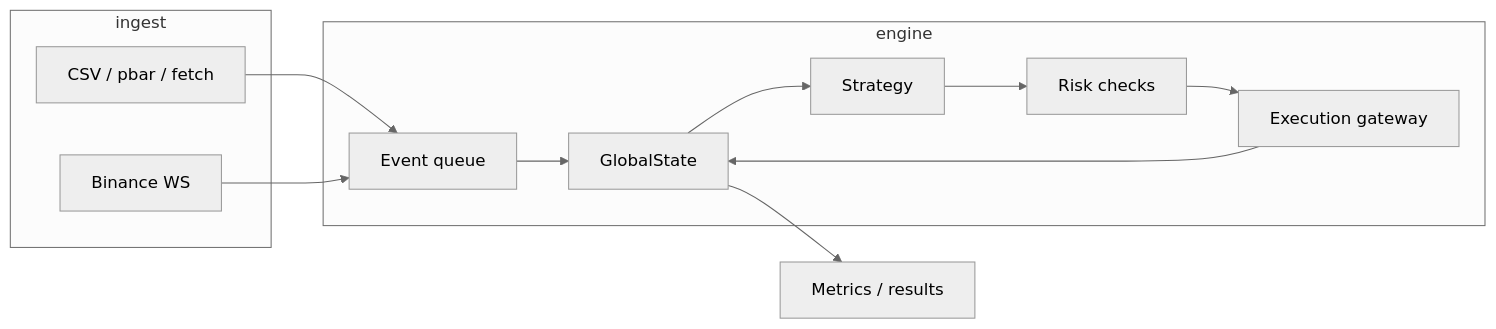
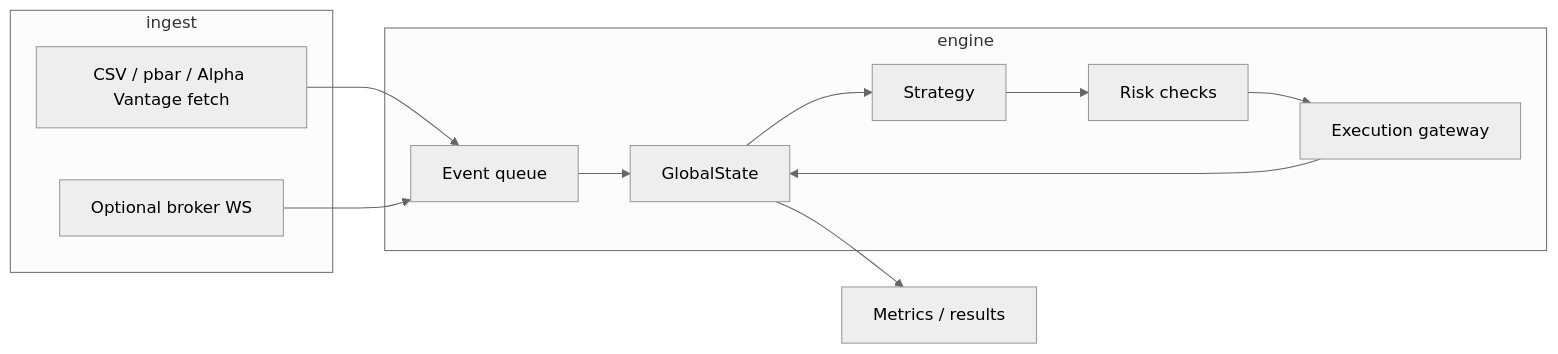
Before and after one commit to DevomB/Athenas-Pallas: the diagram in docs/ARCHITECTURE.md, drawn with Mermaid (neutral theme). The commit also changed other lines of this file and 228 other files, not shown here.

````diff
--- a/docs/ARCHITECTURE.md
+++ b/docs/ARCHITECTURE.md
@@ -5,22 +5,22 @@
 ```mermaid
 flowchart LR
   subgraph ingest
-    CSV[CSV / pbar / fetch]
-    WS[Binance WS]
+    CSV[CSV / pbar / Alpha Vantage fetch]
+    WS[Optional broker WS]
   end
   subgraph engine
     EV[Event queue]
     ST[GlobalState]
     STG[Strategy]
     RK[Risk checks]
     EX[Execution gateway]
   end
   CSV --> EV
   WS --> EV
   EV --> ST
   ST --> STG
   STG --> RK
   RK --> EX
   EX --> ST
   ST --> MET[Metrics / results]
 ```
````
